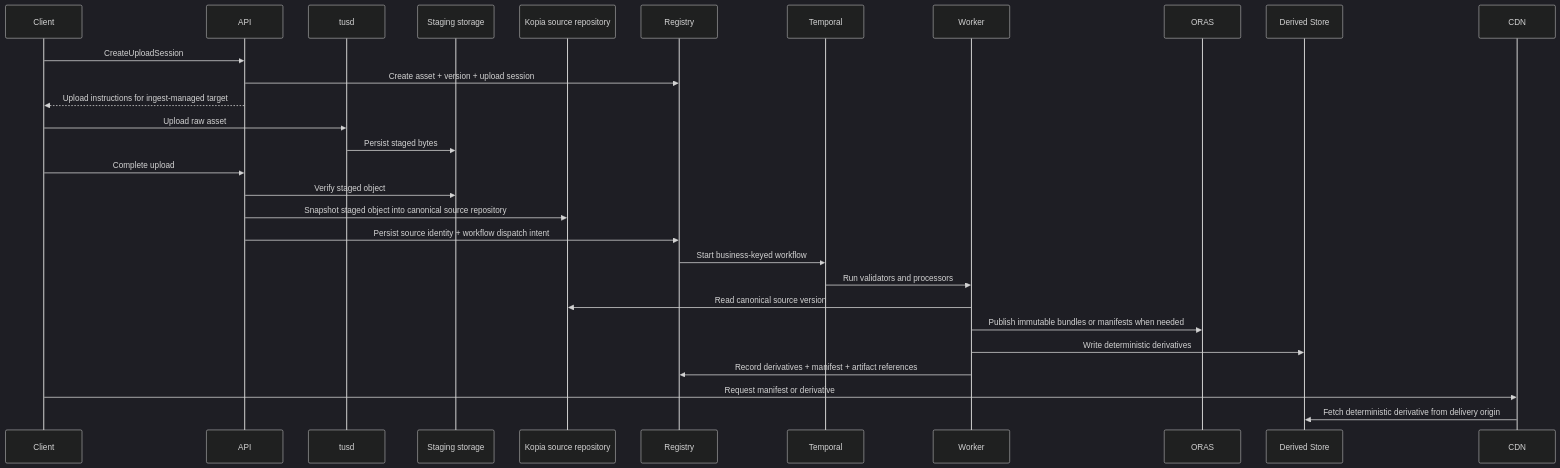
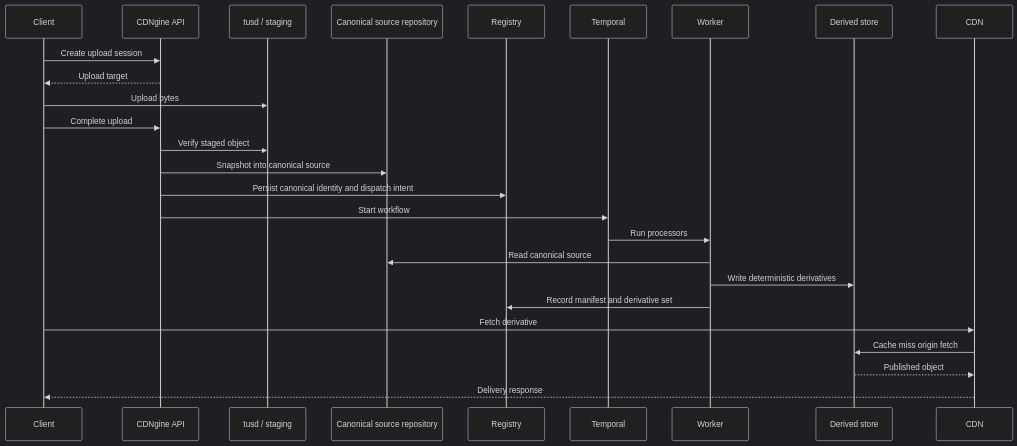
One commit to Yeusepe/cdngine changed the third of 10 diagrams in docs/architecture.md. Above: the diagram before and after it, drawn with Mermaid (dark theme). The commit also changed other lines of this file and 18 other files, not shown here.

First line of the commit message:
Restructure docs: architecture & lifecycle

````diff
--- a/docs/architecture.md
+++ b/docs/architecture.md
@@ -415,32 +142,29 @@
 ```mermaid
 sequenceDiagram
-    participant C as Client
-    participant G as API
-    participant I as tusd
-    participant B as Staging storage
-    participant O as Kopia source repository
-    participant R as Registry
-    participant T as Temporal
-    participant W as Worker
-    participant A as ORAS
-    participant D as Derived Store
-    participant CDN as CDN
+    participant Client
+    participant API as CDNgine API
+    participant Stage as tusd / staging
+    participant Source as Canonical source repository
+    participant Registry
+    participant Temporal
+    participant Worker
+    participant Derived as Derived store
+    participant CDN
 
-    C->>G: CreateUploadSession
-    G->>R: Create asset + version + upload session
-    G-->>C: Upload instructions for ingest-managed target
-    C->>I: Upload raw asset
-    I->>B: Persist staged bytes
-    C->>G: Complete upload
-    G->>B: Verify staged object
-    G->>O: Snapshot staged object into canonical source repository
-    G->>R: Persist source identity + workflow dispatch intent
-    R->>T: Start business-keyed workflow
-    T->>W: Run validators and processors
-    W->>O: Read canonical source version
-    W->>A: Publish immutable bundles or manifests when needed
-    W->>D: Write deterministic derivatives
-    W->>R: Record derivatives + manifest + artifact references
-    C->>CDN: Request manifest or derivative
-    CDN->>D: Fetch deterministic derivative from delivery origin
+    Client->>API: Create upload session
+    API-->>Client: Upload target
+    Client->>Stage: Upload bytes
+    Client->>API: Complete upload
+    API->>Stage: Verify staged object
+    API->>Source: Snapshot into canonical source
+    API->>Registry: Persist canonical identity and dispatch intent
+    API->>Temporal: Start workflow
+    Temporal->>Worker: Run processors
+    Worker->>Source: Read canonical source
+    Worker->>Derived: Write deterministic derivatives
+    Worker->>Registry: Record manifest and derivative set
+    Client->>CDN: Fetch derivative
+    CDN->>Derived: Cache miss origin fetch
+    Derived-->>CDN: Published object
+    CDN-->>Client: Delivery response
 ```
````
